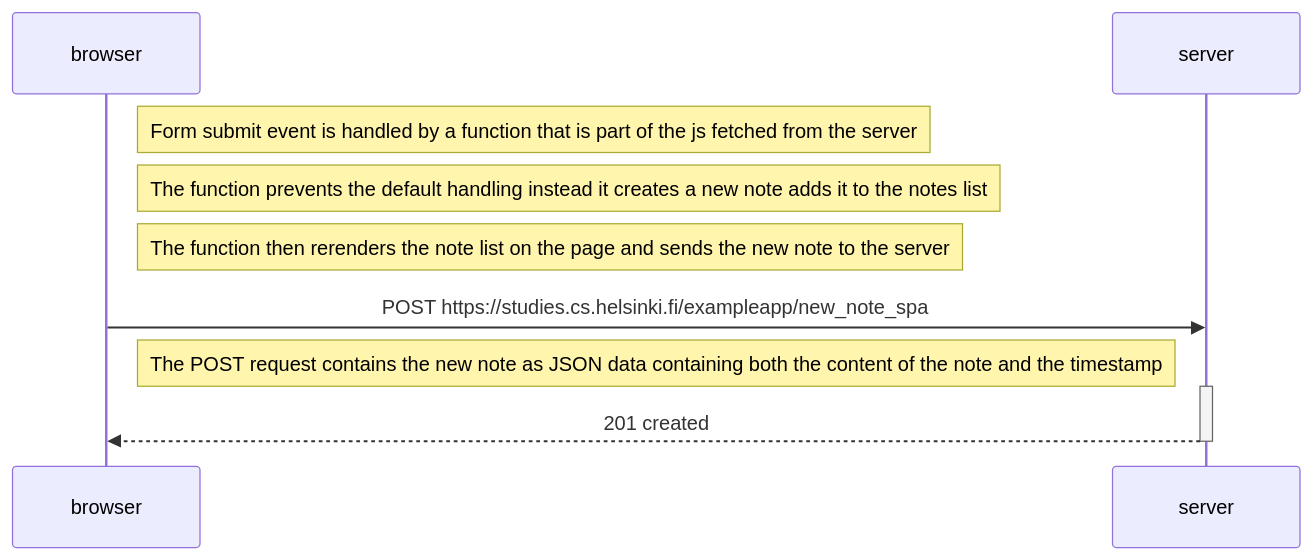
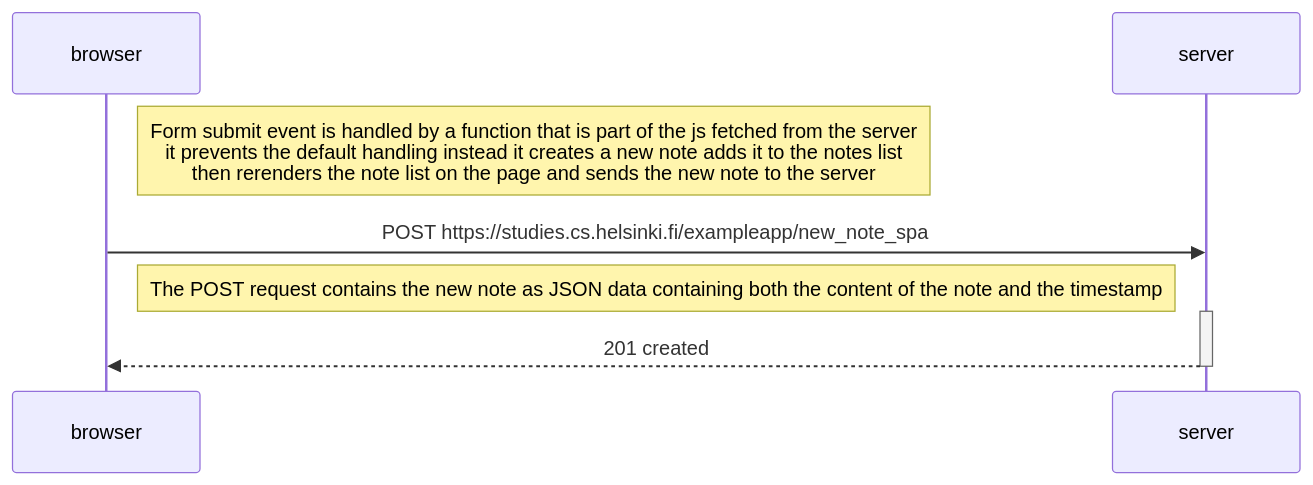
One commit to abhiroopc84/fso changed the diagram in part0/6.md. Above: the diagram before and after it, drawn with Mermaid.

````diff
--- a/part0/6.md
+++ b/part0/6.md
@@ -1,14 +1,12 @@
 ```mermaid
 sequenceDiagram
     participant browser
     participant server
 
-    Note right of browser: Form submit event is handled by a function that is part of the js fetched from the server 
-    Note right of browser: The function prevents the default handling instead it creates a new note adds it to the notes list
-    Note right of browser: The function then rerenders the note list on the page and sends the new note to the server
+    Note right of browser: Form submit event is handled by a function that is part of the js fetched from the server <br/>it prevents the default handling instead it creates a new note adds it to the notes list <br/>then rerenders the note list on the page and sends the new note to the server
     browser->>server: POST https://studies.cs.helsinki.fi/exampleapp/new_note_spa
     Note right of browser: The POST request contains the new note as JSON data containing both the content of the note and the timestamp
     activate server
     server-->>browser: 201 created
     deactivate server
 ```
````
